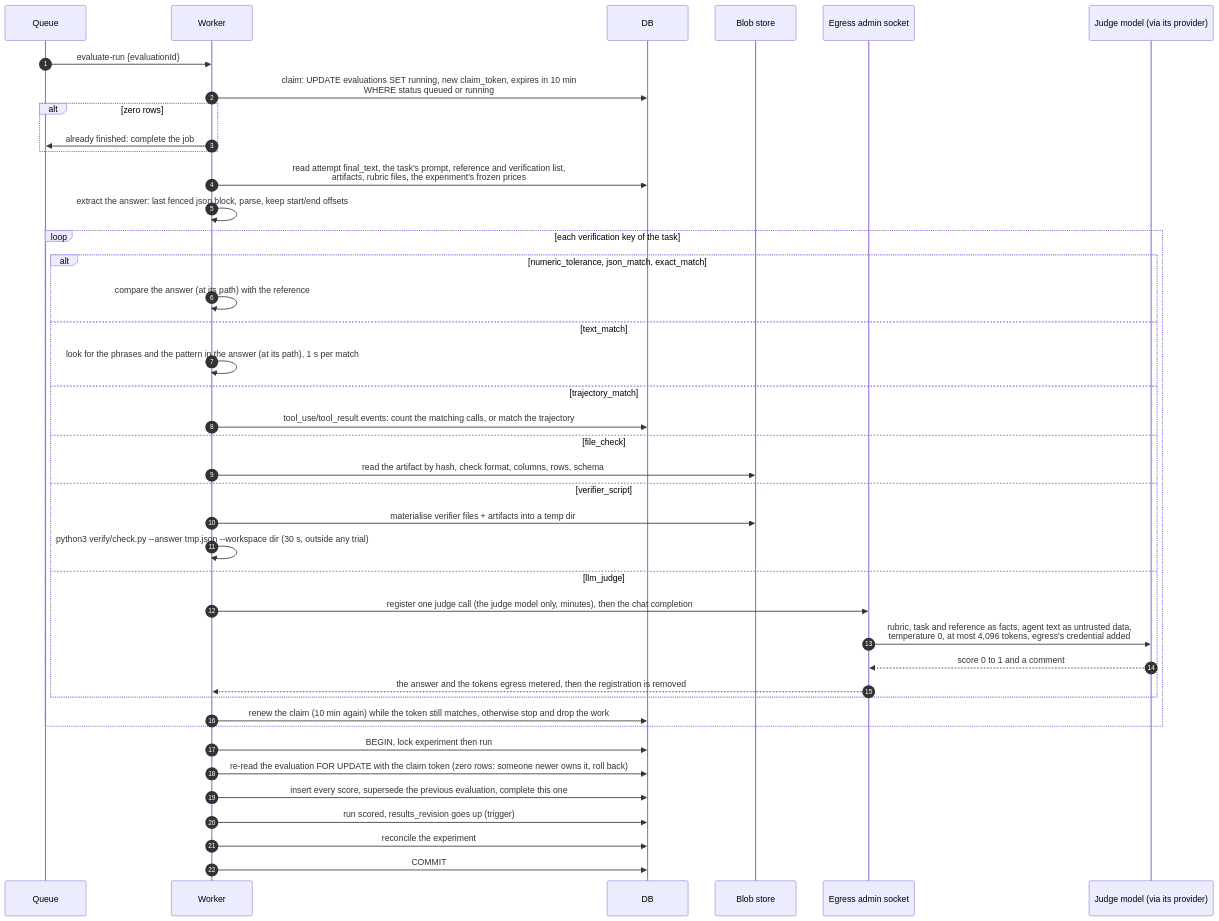
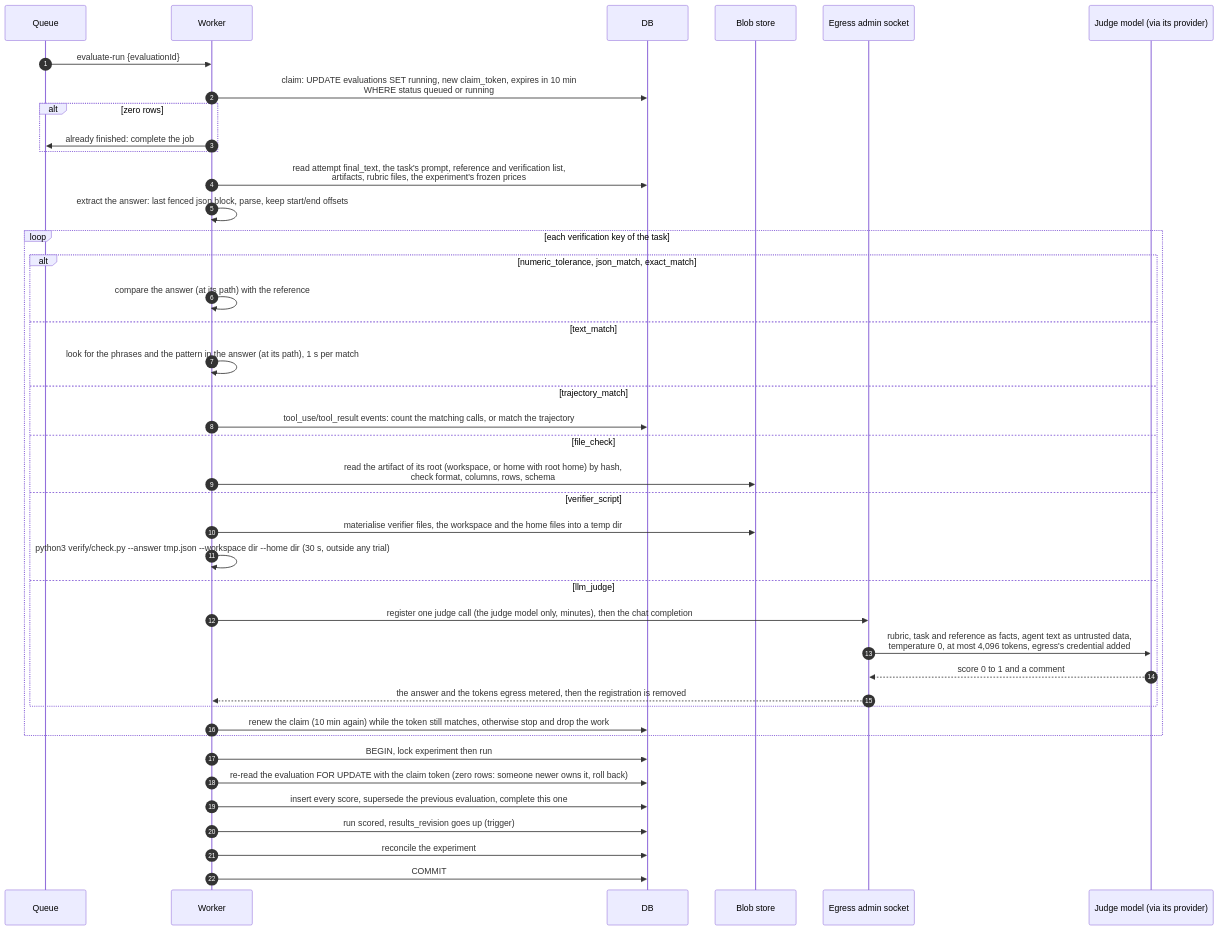
Diagram 30 of 38 in UI_FLOWS.md (sasuke007/hermes-evals), drawn with Mermaid before and after one commit. The commit also changed other lines of this file and 256 other files, not shown here.

````diff
--- a/UI_FLOWS.md
+++ b/UI_FLOWS.md
@@ -1088,44 +1106,44 @@
 ```mermaid
 sequenceDiagram
   autonumber
   participant Q as Queue
   participant WK as Worker
   participant DB as DB
   participant B as Blob store
   participant E as Egress admin socket
   participant J as Judge model (via its provider)
 
   Q->>WK: evaluate-run {evaluationId}
   WK->>DB: claim: UPDATE evaluations SET running, new claim_token, expires in 10 min<br/>WHERE status queued or running
   alt zero rows
     WK->>Q: already finished: complete the job
   end
   WK->>DB: read attempt final_text, the task's prompt, reference and verification list,<br/>artifacts, rubric files, the experiment's frozen prices
   WK->>WK: extract the answer: last fenced json block, parse, keep start/end offsets
   loop each verification key of the task
     alt numeric_tolerance, json_match, exact_match
       WK->>WK: compare the answer (at its path) with the reference
     else text_match
       WK->>WK: look for the phrases and the pattern in the answer (at its path), 1 s per match
     else trajectory_match
       WK->>DB: tool_use/tool_result events: count the matching calls, or match the trajectory
     else file_check
-      WK->>B: read the artifact by hash, check format, columns, rows, schema
+      WK->>B: read the artifact of its root (workspace, or home with root home) by hash,<br/>check format, columns, rows, schema
     else verifier_script
-      WK->>B: materialise verifier files + artifacts into a temp dir
-      WK->>WK: python3 verify/check.py --answer tmp.json --workspace dir (30 s, outside any trial)
+      WK->>B: materialise verifier files, the workspace and the home files into a temp dir
+      WK->>WK: python3 verify/check.py --answer tmp.json --workspace dir --home dir (30 s, outside any trial)
     else llm_judge
       WK->>E: register one judge call (the judge model only, minutes), then the chat completion
       E->>J: rubric, task and reference as facts, agent text as untrusted data,<br/>temperature 0, at most 4,096 tokens, egress's credential added
       J-->>E: score 0 to 1 and a comment
       E-->>WK: the answer and the tokens egress metered, then the registration is removed
     end
     WK->>DB: renew the claim (10 min again) while the token still matches, otherwise stop and drop the work
   end
   WK->>DB: BEGIN, lock experiment then run
   WK->>DB: re-read the evaluation FOR UPDATE with the claim token (zero rows: someone newer owns it, roll back)
   WK->>DB: insert every score, supersede the previous evaluation, complete this one
   WK->>DB: run scored, results_revision goes up (trigger)
   WK->>DB: reconcile the experiment
   WK->>DB: COMMIT
 ```
````
